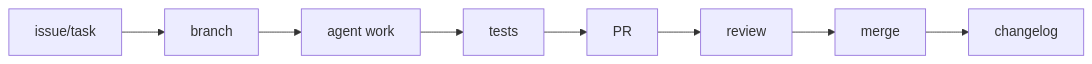
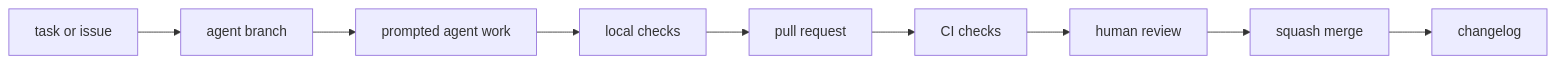
One commit to Yaked1/ai-lab-codex-workbench changed the second of 2 diagrams in README.md. Above: the diagram before and after it, drawn with Mermaid. The commit also changed other lines of this file and 47 other files, not shown here.

````diff
--- a/README.md
+++ b/README.md
@@ -66,10 +150,11 @@
 ```mermaid
 flowchart LR
-    A[issue/task] --> B[branch]
-    B --> C[agent work]
-    C --> D[tests]
-    D --> E[PR]
-    E --> F[review]
-    F --> G[merge]
-    G --> H[changelog]
+    A[task or issue] --> B[agent branch]
+    B --> C[prompted agent work]
+    C --> D[local checks]
+    D --> E[pull request]
+    E --> F[CI checks]
+    F --> G[human review]
+    G --> H[squash merge]
+    H --> I[changelog]
 ```
````
